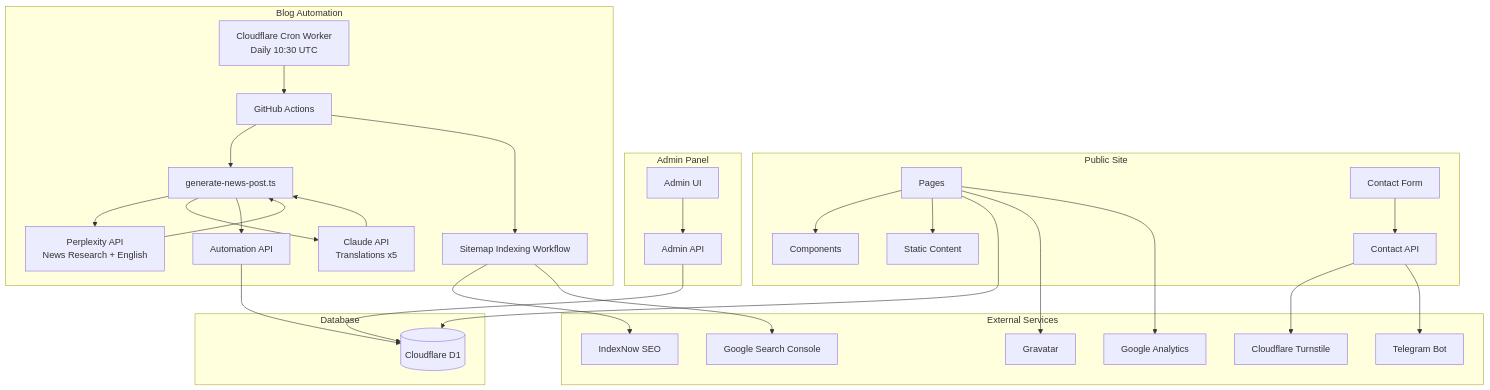
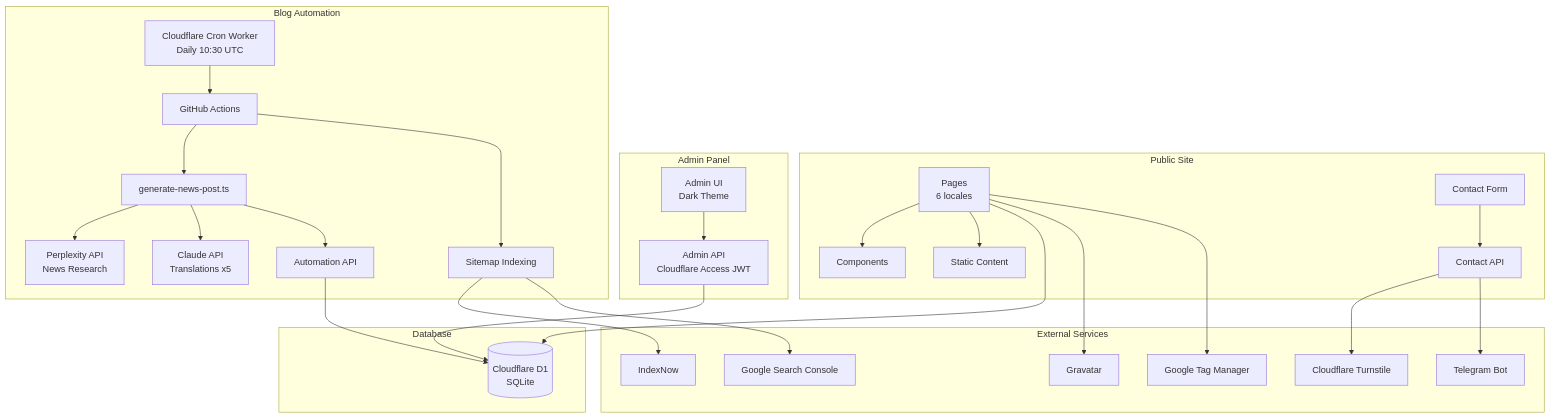
Before and after one commit to ITGuys-RO/itguys.ro: the diagram in README.md, drawn with Mermaid. The commit also changed other lines of this file and 3 other files, not shown here.

````diff
--- a/README.md
+++ b/README.md
@@ -7,60 +7,58 @@
 ```mermaid
 graph TB
     subgraph "Public Site"
-        Pages[Pages]
+        Pages[Pages<br/>6 locales]
         Components[Components]
         Content[Static Content]
         ContactForm[Contact Form]
         ContactAPI[Contact API]
     end
 
     subgraph "Admin Panel"
-        AdminUI[Admin UI]
-        AdminAPI[Admin API]
+        AdminUI[Admin UI<br/>Dark Theme]
+        AdminAPI[Admin API<br/>Cloudflare Access JWT]
     end
 
     subgraph "Blog Automation"
         CronWorker[Cloudflare Cron Worker<br/>Daily 10:30 UTC]
         GHA[GitHub Actions]
         Generator[generate-news-post.ts]
-        Perplexity[Perplexity API<br/>News Research + English]
+        Perplexity[Perplexity API<br/>News Research]
         Claude[Claude API<br/>Translations x5]
         AutomationAPI[Automation API]
-        SitemapIndexing[Sitemap Indexing Workflow]
+        SitemapIndexing[Sitemap Indexing]
     end
 
     subgraph "Database"
-        D1[(Cloudflare D1)]
+        D1[(Cloudflare D1<br/>SQLite)]
     end
 
     subgraph "External Services"
         Turnstile[Cloudflare Turnstile]
         Telegram[Telegram Bot]
-        IndexNow[IndexNow SEO]
+        IndexNow[IndexNow]
         GSC[Google Search Console]
         Gravatar[Gravatar]
-        GA4[Google Analytics]
+        GTM[Google Tag Manager]
     end
 
     Pages --> Components
     Pages --> Content
     Pages --> D1
     Pages --> Gravatar
-    Pages --> GA4
+    Pages --> GTM
     ContactForm --> ContactAPI
     ContactAPI --> Turnstile
     ContactAPI --> Telegram
     AdminUI --> AdminAPI
     AdminAPI --> D1
     CronWorker --> GHA
     GHA --> Generator
     Generator --> Perplexity
-    Perplexity --> Generator
     Generator --> Claude
-    Claude --> Generator
     Generator --> AutomationAPI
     AutomationAPI --> D1
     GHA --> SitemapIndexing
     SitemapIndexing --> IndexNow
     SitemapIndexing --> GSC
 ```
````
